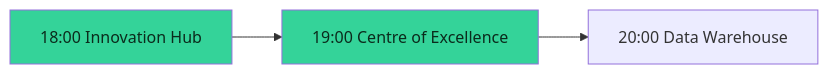
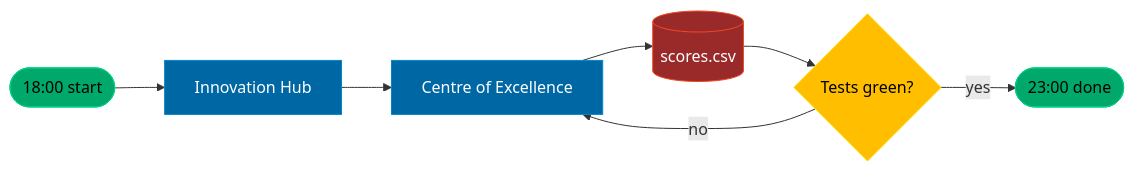
Before and after one commit to tpetedb/vibe-map: the second of 2 diagrams in .agents/skills/mermaid-diagrams/SKILL.md, drawn with Mermaid. The commit also changed other lines of this file and 17 other files, not shown here.

````diff
--- a/.agents/skills/mermaid-diagrams/SKILL.md
+++ b/.agents/skills/mermaid-diagrams/SKILL.md
@@ -24,6 +44,19 @@
 ```mermaid
 flowchart LR
-  a[18:00 Innovation Hub] --> b[19:00 Centre of Excellence] --> c[20:00 Data Warehouse]
-  classDef done fill:#34D399,color:#0b2b1c
-  class a,b done
+  s(["18:00 start"]):::term
+  a["Innovation Hub"]:::proc
+  b["Centre of Excellence"]:::proc
+  c[("scores.csv")]:::store
+  q{"Tests green?"}:::dec
+  e(["23:00 done"]):::term
+  s --> a
+  a --> b
+  b --> c
+  c --> q
+  q -->|"yes"| e
+  q -->|"no"| b
+  classDef term fill:#00A86B,stroke:#00D084,color:#000000
+  classDef proc fill:#0067A5,stroke:#0088CC,color:#FFFFFF
+  classDef dec fill:#FFBF00,stroke:#FFD500,color:#000000
+  classDef store fill:#9A2A2A,stroke:#F04923,color:#FFFFFF
 ```
````
